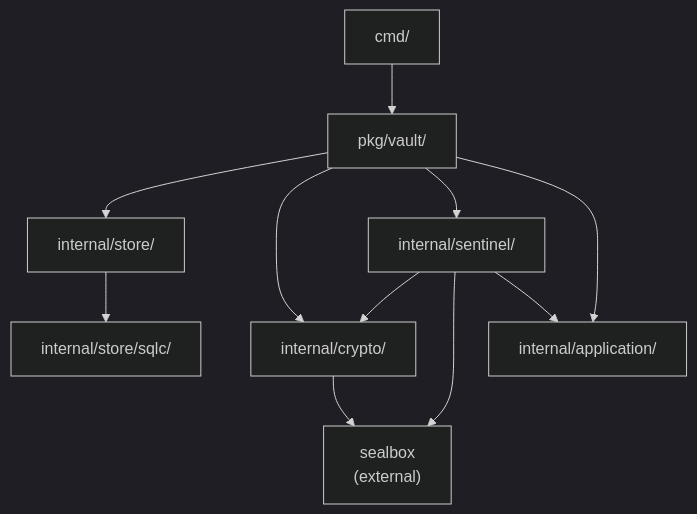
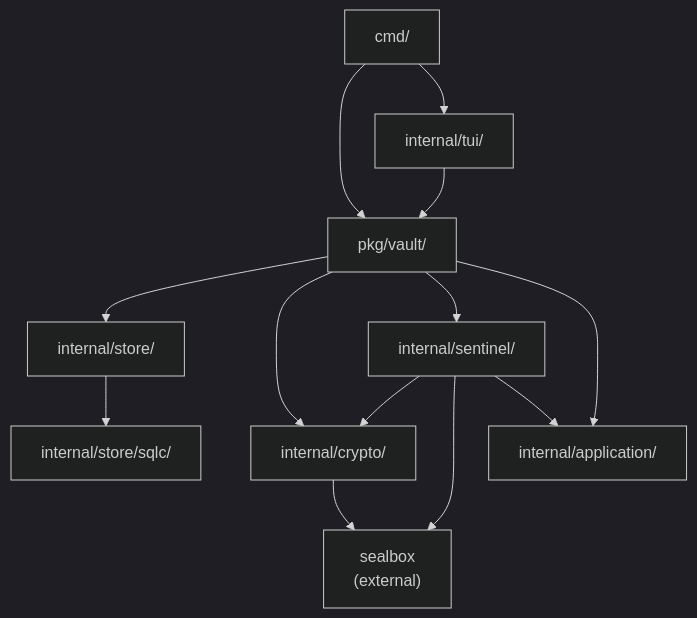
Before and after one commit to inovacc/anvil: the third of 15 diagrams in docs/ARCHITECTURE.md, drawn with Mermaid (dark theme). The commit also changed other lines of this file and 4 other files, not shown here.

````diff
--- a/docs/ARCHITECTURE.md
+++ b/docs/ARCHITECTURE.md
@@ -122,22 +130,25 @@
 ```mermaid
 graph TD
     cmd["cmd/"]
     vault["pkg/vault/"]
     store["internal/store/"]
     crypto["internal/crypto/"]
     sentinel["internal/sentinel/"]
     app["internal/application/"]
     sqlc["internal/store/sqlc/"]
     sealbox["sealbox<br/>(external)"]
 
+    tui_pkg["internal/tui/"]
     cmd --> vault
+    cmd --> tui_pkg
+    tui_pkg --> vault
     vault --> store
     vault --> crypto
     vault --> sentinel
     vault --> app
     sentinel --> crypto
     sentinel --> sealbox
     sentinel --> app
     crypto --> sealbox
     store --> sqlc
 ```
````
